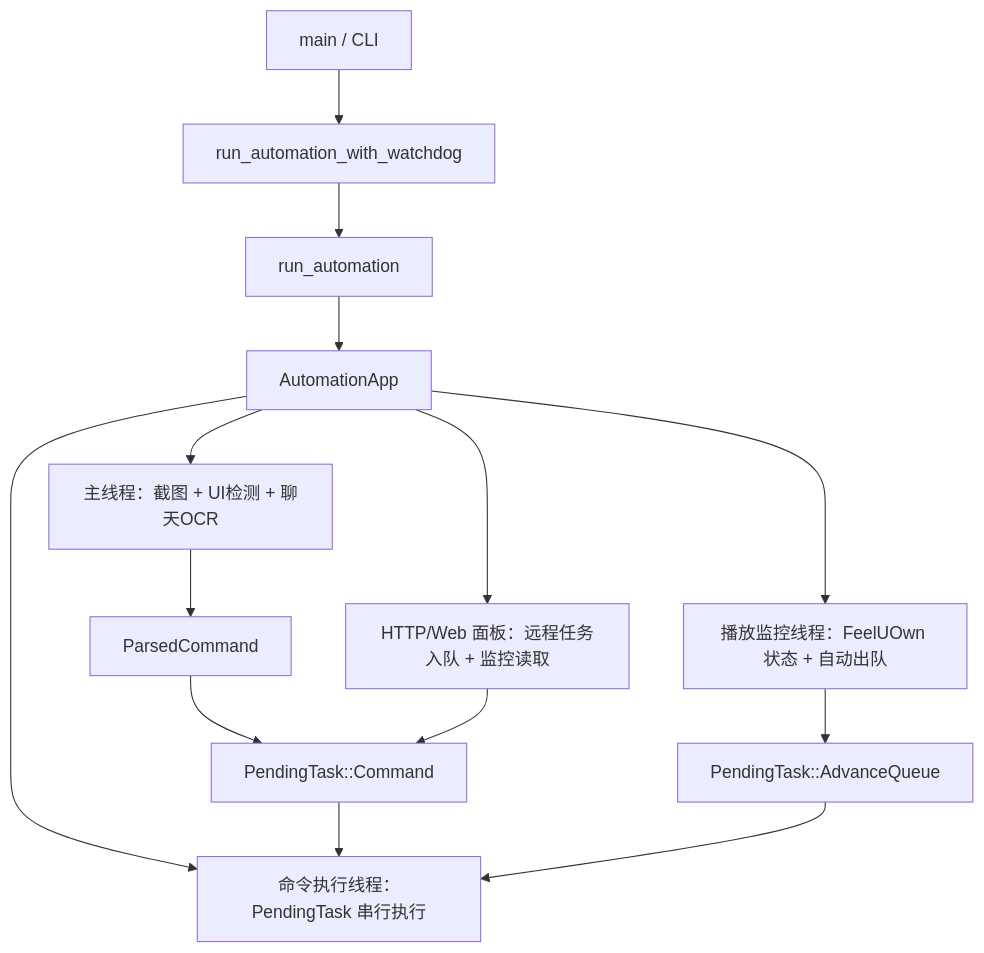
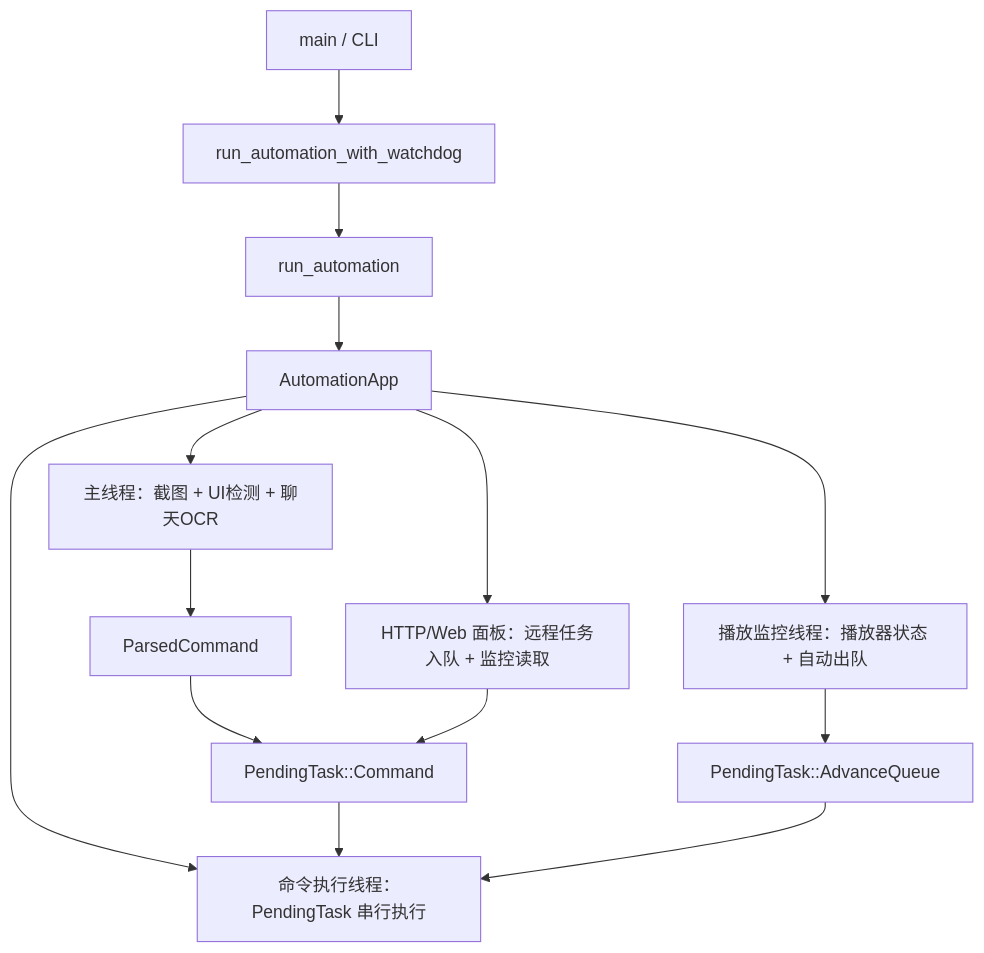
The diagram in docs/code-walkthrough.md (XingNian-www/Miliastra-Wonderland-Music), drawn with Mermaid before and after one commit. The commit also changed other lines of this file and 22 other files, not shown here.

````diff
--- a/docs/code-walkthrough.md
+++ b/docs/code-walkthrough.md
@@ -9,16 +9,16 @@
 ```mermaid
 flowchart TD
     A["main / CLI"] --> B["run_automation_with_watchdog"]
     B --> C["run_automation"]
     C --> D["AutomationApp"]
     D --> E["主线程：截图 + UI检测 + 聊天OCR"]
     D --> F["命令执行线程：PendingTask 串行执行"]
-    D --> G["播放监控线程：FeelUOwn 状态 + 自动出队"]
+    D --> G["播放监控线程：播放器状态 + 自动出队"]
     D --> H["HTTP/Web 面板：远程任务入队 + 监控读取"]
     E --> I["ParsedCommand"]
     I --> J["PendingTask::Command"]
     H --> J
     G --> K["PendingTask::AdvanceQueue"]
     J --> F
     K --> F
 ```
````
